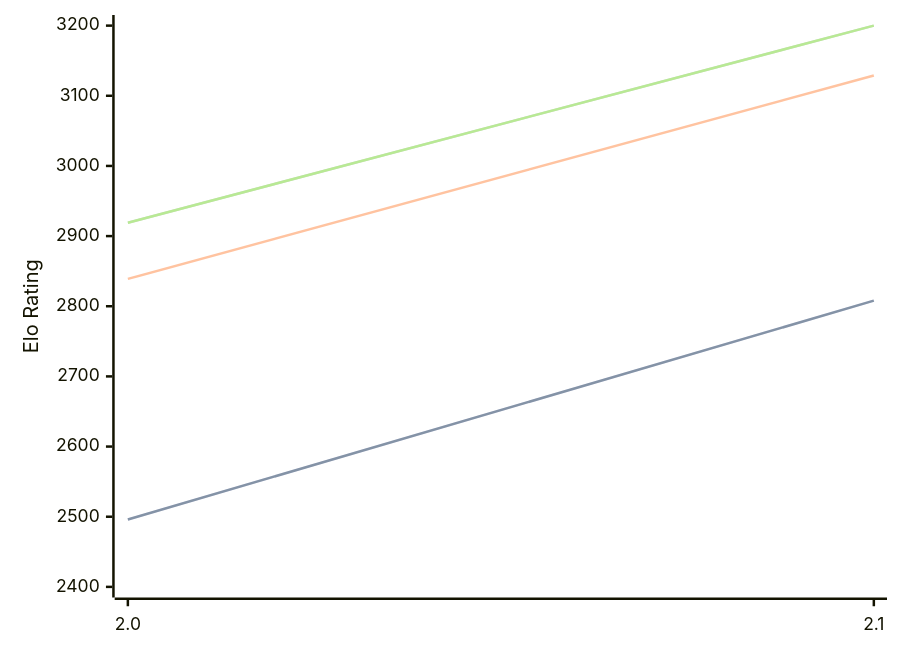
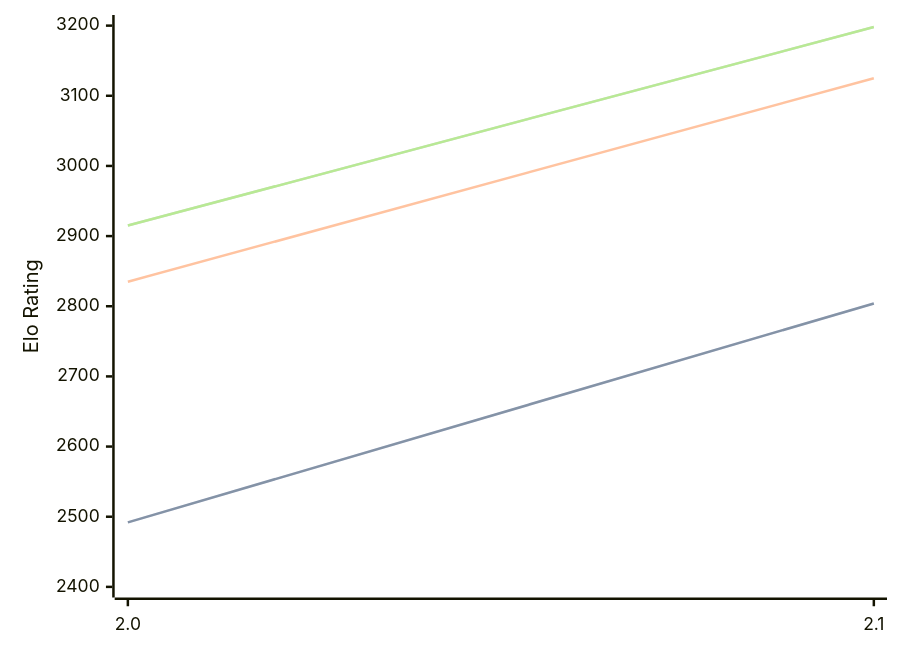
The first of 3 diagrams in engines/Tunguska.md (computer-chess-index/cci), drawn with Mermaid before and after one commit. The commit also changed other lines of this file, not shown here.

Commit message:
Update CCI Ratings (ELO VLTC) - 2026-07-16

````diff
--- a/engines/Tunguska.md
+++ b/engines/Tunguska.md
@@ -32,11 +32,11 @@
 ```mermaid
 %%{init: {"theme":"base","themeVariables":{"seriesColors:['#a3a3a3','#222221','#faa371']}}}%%
 xychart-beta
   x-axis ["2.0", "2.1"]
   y-axis "Elo Rating" 2400 --> 3200
-  line "STC (8.0+0.08s)" [2496, 2808]
-  line "STC (8.0+0.08s)" [2496, 2808]
-  line "LTC (60.0+0.60s)" [2839, 3129]
-  line "VLTC (2m24s+1.12s)" [2919, 3200]
-  line "VLTC (2m24s+1.12s)" [2919, 3200]
+  line "STC (8.0+0.08s)" [2492, 2804]
+  line "STC (8.0+0.08s)" [2492, 2804]
+  line "LTC (60.0+0.60s)" [2835, 3125]
+  line "VLTC (2m24s+1.12s)" [2915, 3198]
+  line "VLTC (2m24s+1.12s)" [2915, 3198]
 ```
````
